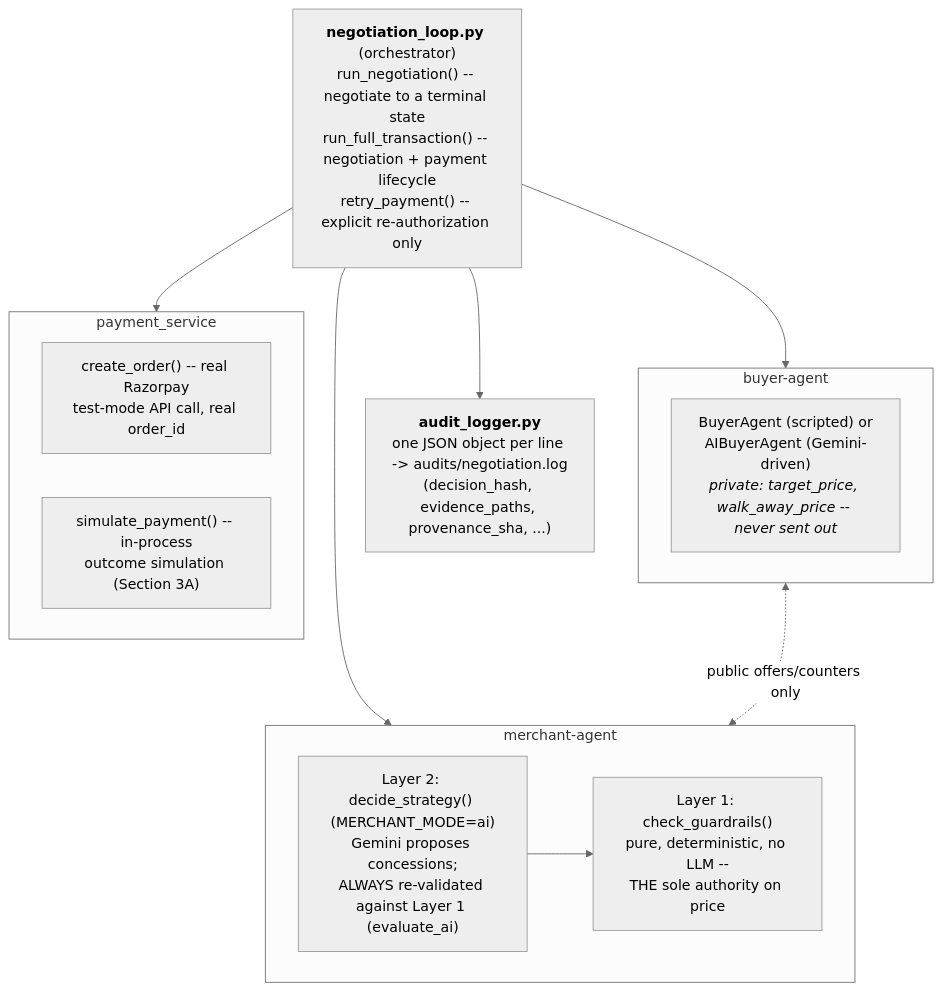
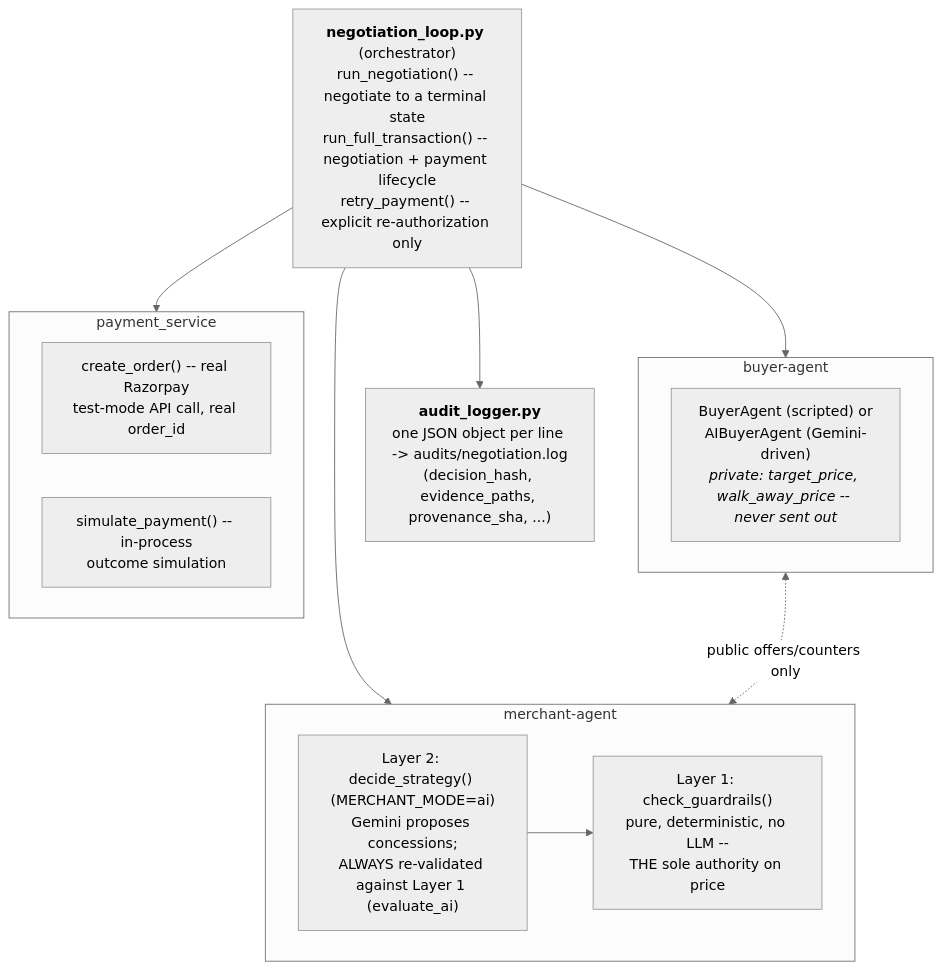
One commit to RheaDeepak/Parley---AI-Negotiator changed the diagram in ARCHITECTURE.md. Above: the diagram before and after it, drawn with Mermaid (neutral theme). The commit also changed other lines of this file, not shown here.

Commit message:
Updated Architecture.md with a buyer persona section

````diff
--- a/ARCHITECTURE.md
+++ b/ARCHITECTURE.md
@@ -31,26 +31,26 @@
 ```mermaid
 flowchart TB
     ORCH["<b>negotiation_loop.py</b> (orchestrator)<br/>run_negotiation() -- negotiate to a terminal state<br/>run_full_transaction() -- negotiation + payment lifecycle<br/>retry_payment() -- explicit re-authorization only"]
 
     ORCH --> BUYER
     ORCH --> MERCHANT
     ORCH --> PAY
 
     subgraph BUYER["buyer-agent"]
         B1["BuyerAgent (scripted) or<br/>AIBuyerAgent (Gemini-driven)<br/><i>private: target_price, walk_away_price -- never sent out</i>"]
     end
 
     subgraph MERCHANT["merchant-agent"]
         M1["Layer 1: check_guardrails()<br/>pure, deterministic, no LLM --<br/>THE sole authority on price"]
         M2["Layer 2: decide_strategy() (MERCHANT_MODE=ai)<br/>Gemini proposes concessions;<br/>ALWAYS re-validated against Layer 1 (evaluate_ai)"]
         M2 --> M1
     end
 
     subgraph PAY["payment_service"]
         P1["create_order() -- real Razorpay<br/>test-mode API call, real order_id"]
-        P2["simulate_payment() -- in-process<br/>outcome simulation (Section 3A)"]
+        P2["simulate_payment() -- in-process<br/>outcome simulation"]
     end
 
     BUYER <-. "public offers/counters only" .-> MERCHANT
     ORCH --> AUDIT["<b>audit_logger.py</b><br/>one JSON object per line -> audits/negotiation.log<br/>(decision_hash, evidence_paths, provenance_sha, ...)"]
 ```
````
